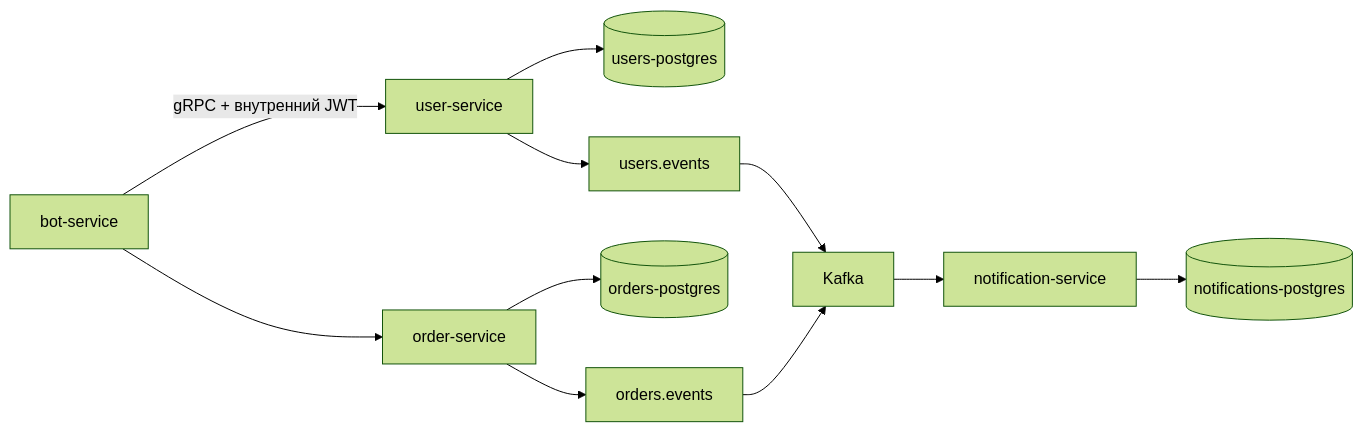
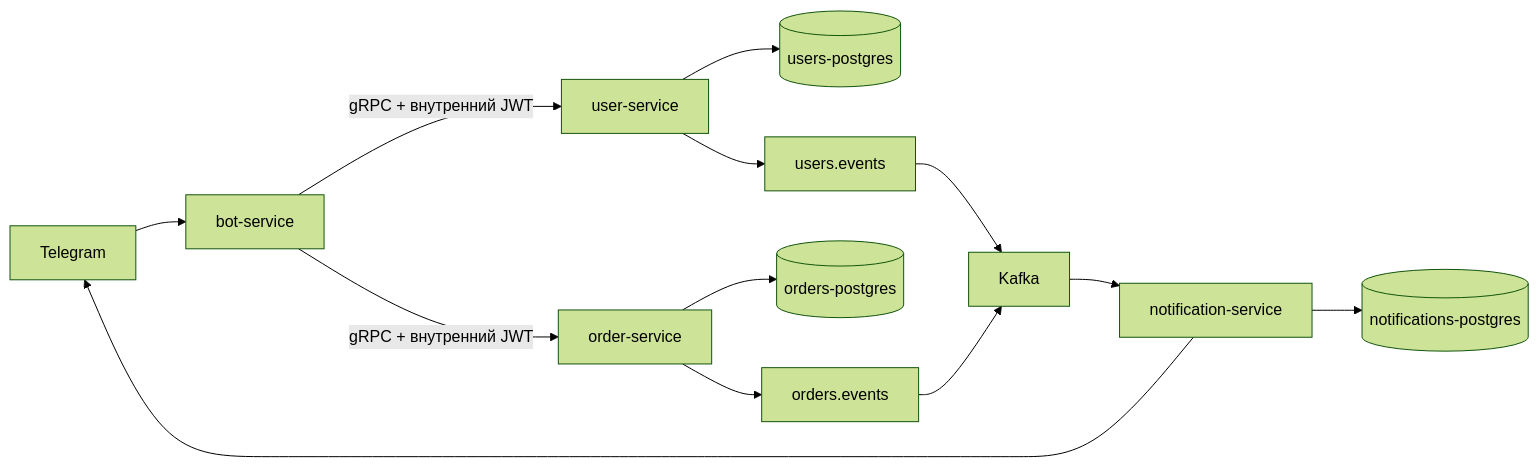
The diagram in README.md (KrantGit/AgencyBot), drawn with Mermaid (forest theme) before and after one commit. The commit also changed other lines of this file, not shown here.

````diff
--- a/README.md
+++ b/README.md
@@ -5,13 +5,15 @@
 ```mermaid
 flowchart LR
-  Bot[bot-service] -->|gRPC + внутренний JWT| User[user-service]
-  Bot --> Order[order-service]
+  TG[Telegram] --> Bot[bot-service]
+  Bot -->|gRPC + внутренний JWT| User[user-service]
+  Bot -->|gRPC + внутренний JWT| Order[order-service]
   User --> UP[(users-postgres)]
   Order --> OP[(orders-postgres)]
-  User --> Outbox[users.events]
-  Order --> Outbox2[orders.events]
-  Outbox --> Kafka
-  Outbox2 --> Kafka
+  User --> UE[users.events]
+  Order --> OE[orders.events]
+  UE --> Kafka[Kafka]
+  OE --> Kafka
   Kafka --> Notify[notification-service]
   Notify --> NP[(notifications-postgres)]
+  Notify --> TG
 ```
````
